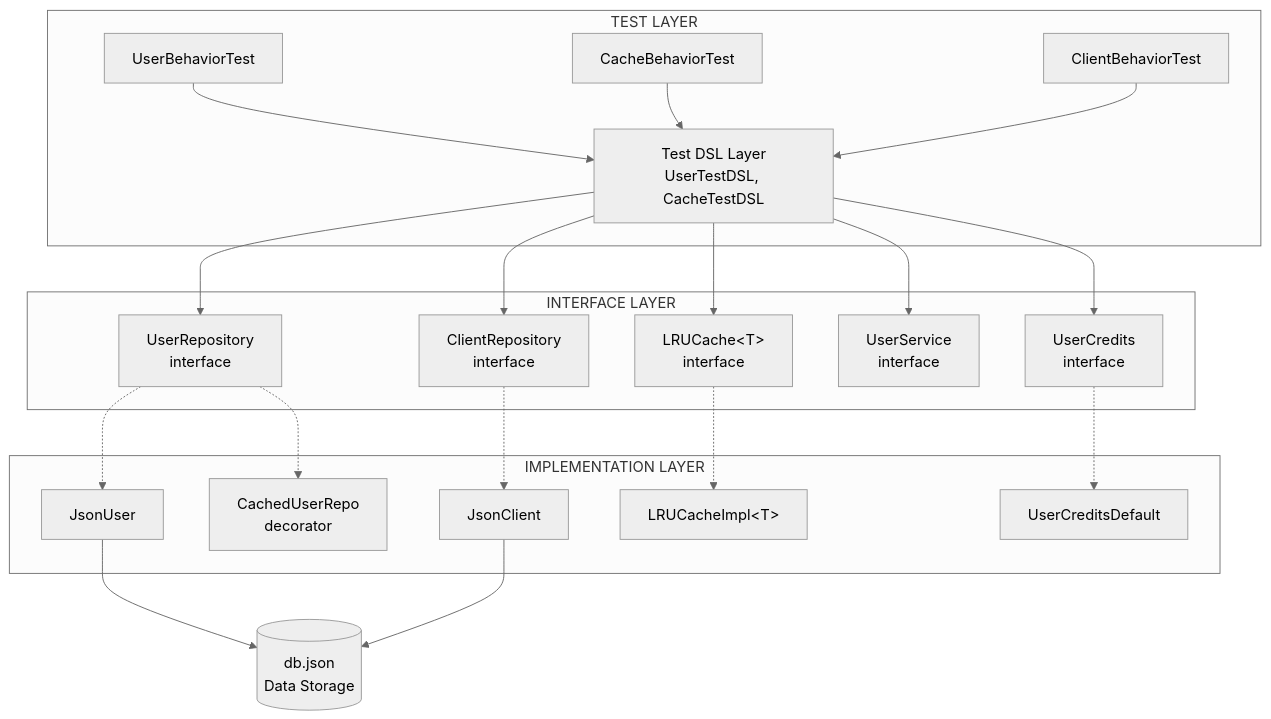
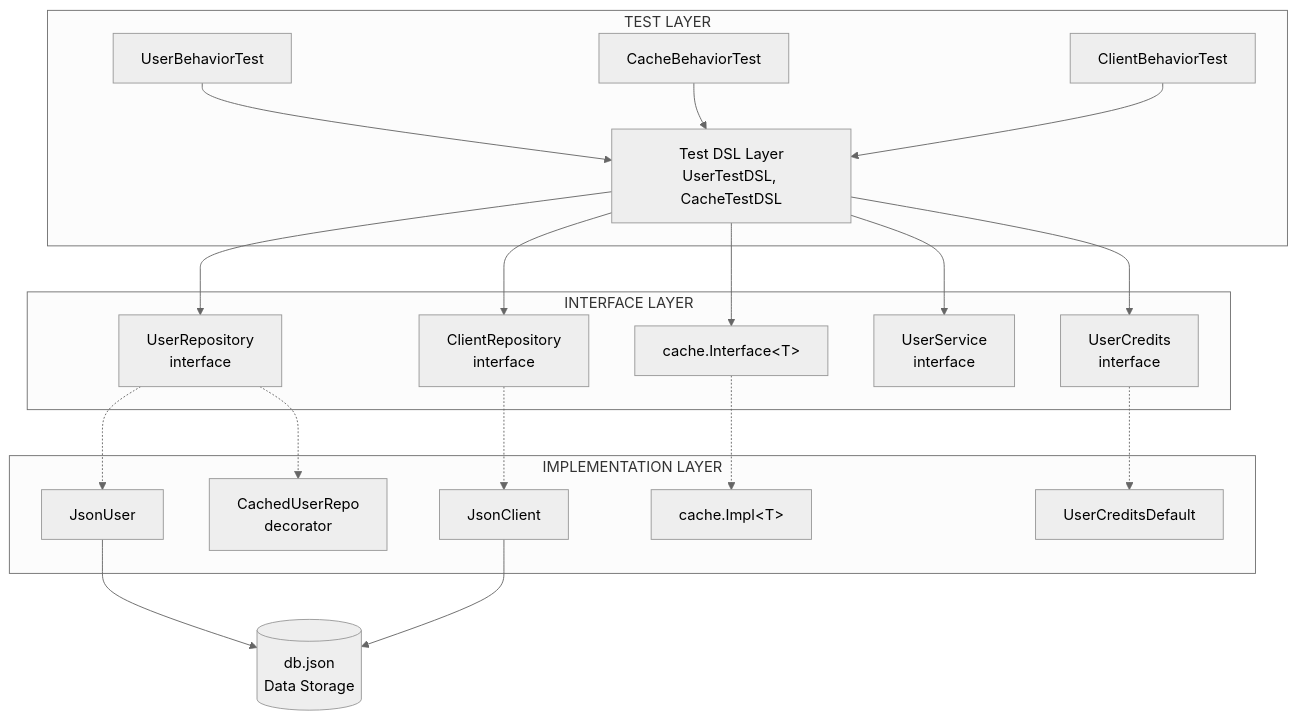
One commit to GitSmart86/BDD-Example-Kotlin changed the first of 3 diagrams in docs/ARCHITECTURE.md. Above: the diagram before and after it, drawn with Mermaid (neutral theme). The commit also changed other lines of this file and 9 other files, not shown here.

````diff
--- a/docs/ARCHITECTURE.md
+++ b/docs/ARCHITECTURE.md
@@ -21,34 +21,34 @@
 ```mermaid
 flowchart TB
     subgraph TEST["TEST LAYER"]
         UBT[UserBehaviorTest]
         CBT[CacheBehaviorTest]
         CLBT[ClientBehaviorTest]
         UBT & CBT & CLBT --> DSL[Test DSL Layer<br/>UserTestDSL, CacheTestDSL]
     end
 
     subgraph INTERFACE["INTERFACE LAYER"]
         UR[UserRepository<br/>interface]
         CR[ClientRepository<br/>interface]
-        LC[LRUCache&lt;T&gt;<br/>interface]
+        LC[cache.Interface&lt;T&gt;]
         US[UserService<br/>interface]
         CP[UserCredits<br/>interface]
     end
 
     subgraph IMPL["IMPLEMENTATION LAYER"]
         JUR[JsonUser]
         JCR[JsonClient]
-        LCI[LRUCacheImpl&lt;T&gt;]
+        LCI[cache.Impl&lt;T&gt;]
         CUR[CachedUserRepo<br/>decorator]
         DCP[UserCreditsDefault]
     end
 
     DB[(db.json<br/>Data Storage)]
 
     DSL --> UR & CR & LC & US & CP
     UR -.-> JUR & CUR
     CR -.-> JCR
     LC -.-> LCI
     CP -.-> DCP
     JUR & JCR --> DB
 ```
````
